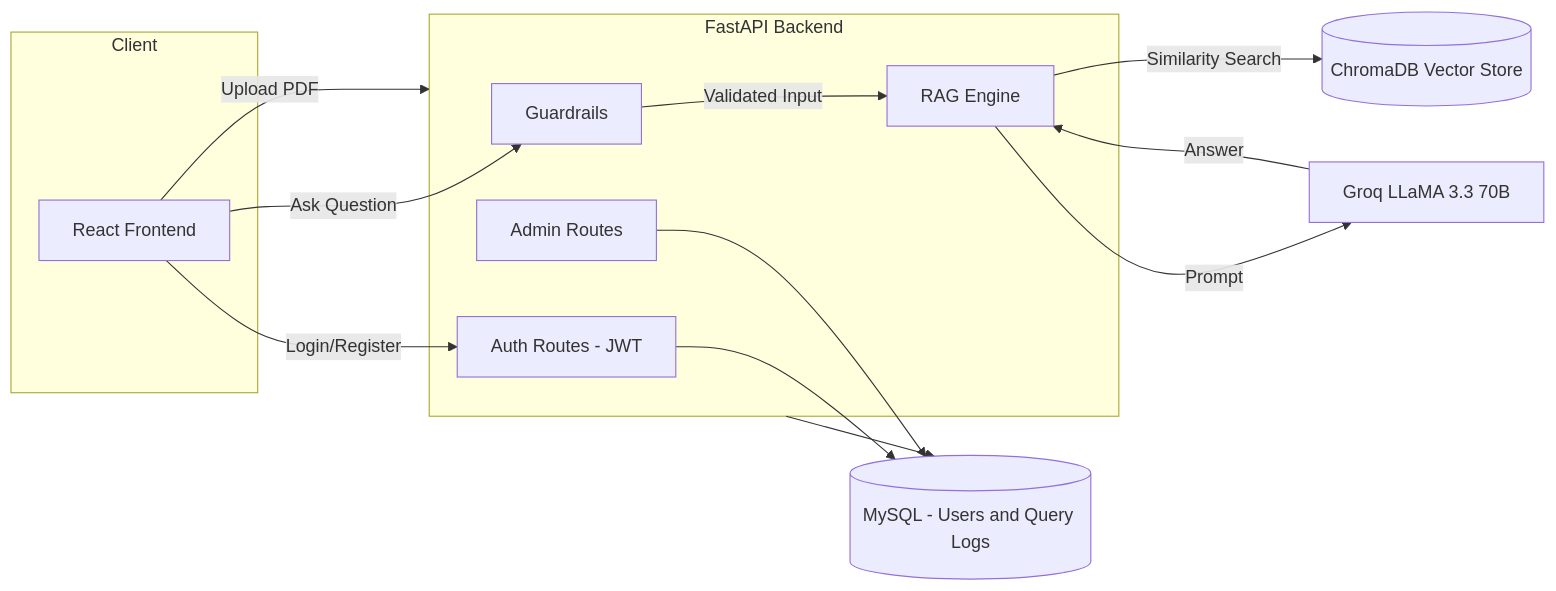
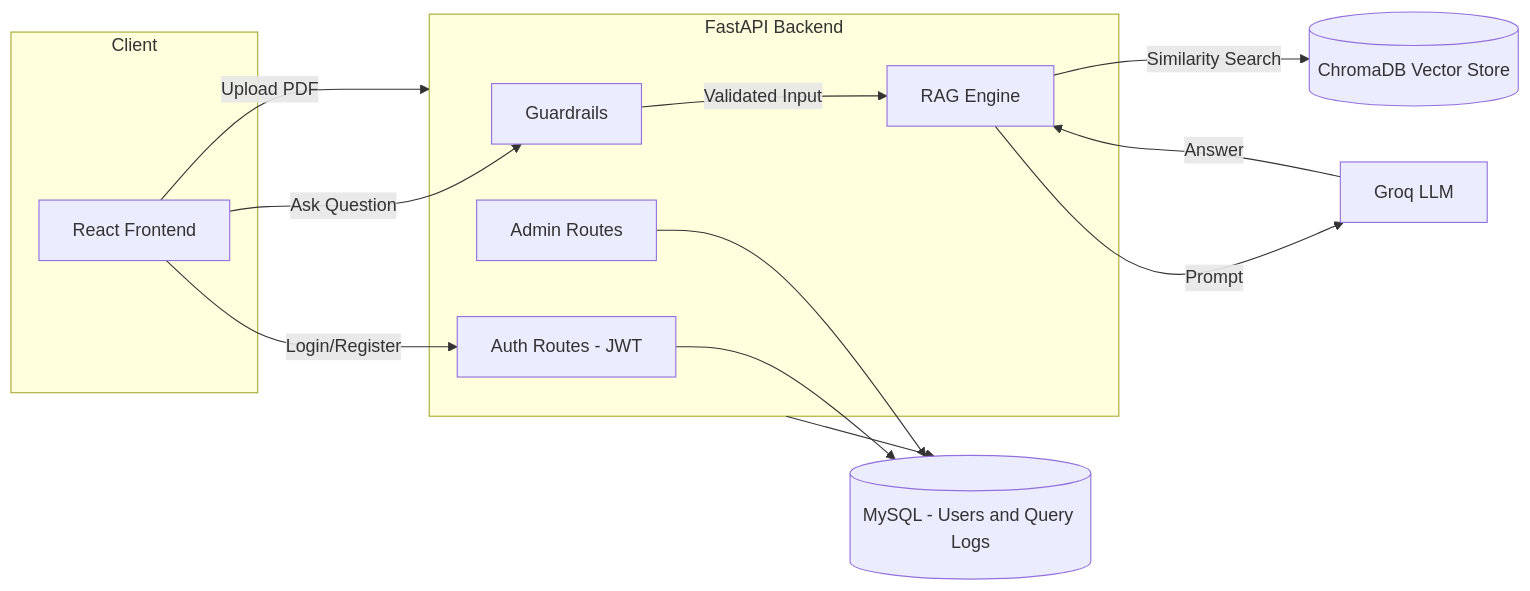
Before and after one commit to mkarthikaravind1/DocMind---RAG-Assistant: the diagram in README.md, drawn with Mermaid. The commit also changed other lines of this file and 6 other files, not shown here.

````diff
--- a/README.md
+++ b/README.md
@@ -36,28 +36,28 @@
 ```mermaid
 flowchart LR
     subgraph Client
         UI[React Frontend]
     end
 
     subgraph API[FastAPI Backend]
         Auth[Auth Routes - JWT]
         Guard[Guardrails]
         RAG[RAG Engine]
         Admin[Admin Routes]
     end
 
     DB[(MySQL - Users and Query Logs)]
     Vector[(ChromaDB Vector Store)]
-    LLM[Groq LLaMA 3.3 70B]
+    LLM[Groq LLM]
 
     UI -->|Login/Register| Auth
     UI -->|Upload PDF| API
     UI -->|Ask Question| Guard
     Guard -->|Validated Input| RAG
     RAG -->|Similarity Search| Vector
     RAG -->|Prompt| LLM
     LLM -->|Answer| RAG
     Auth --> DB
     API --> DB
     Admin --> DB
 ```
````
